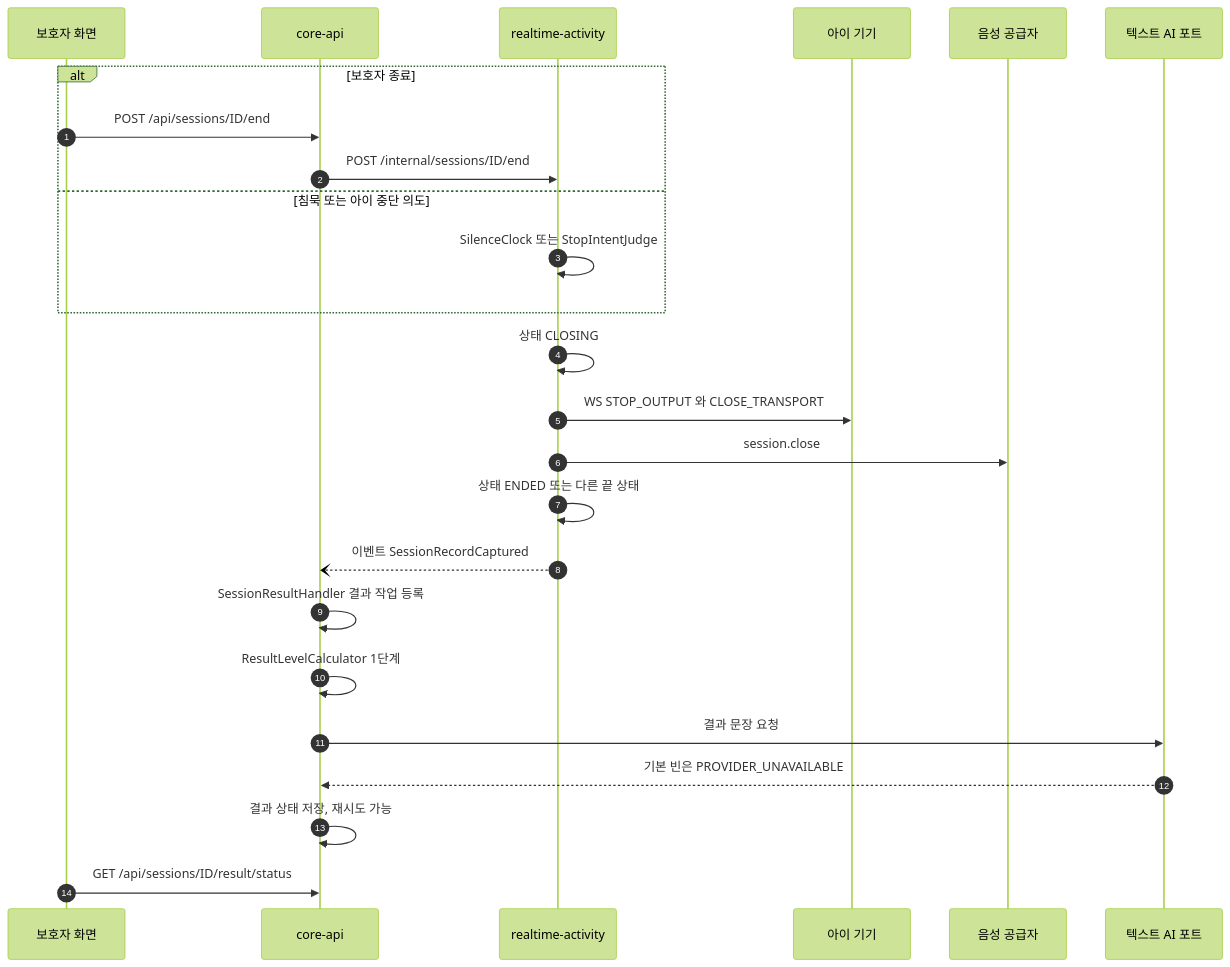
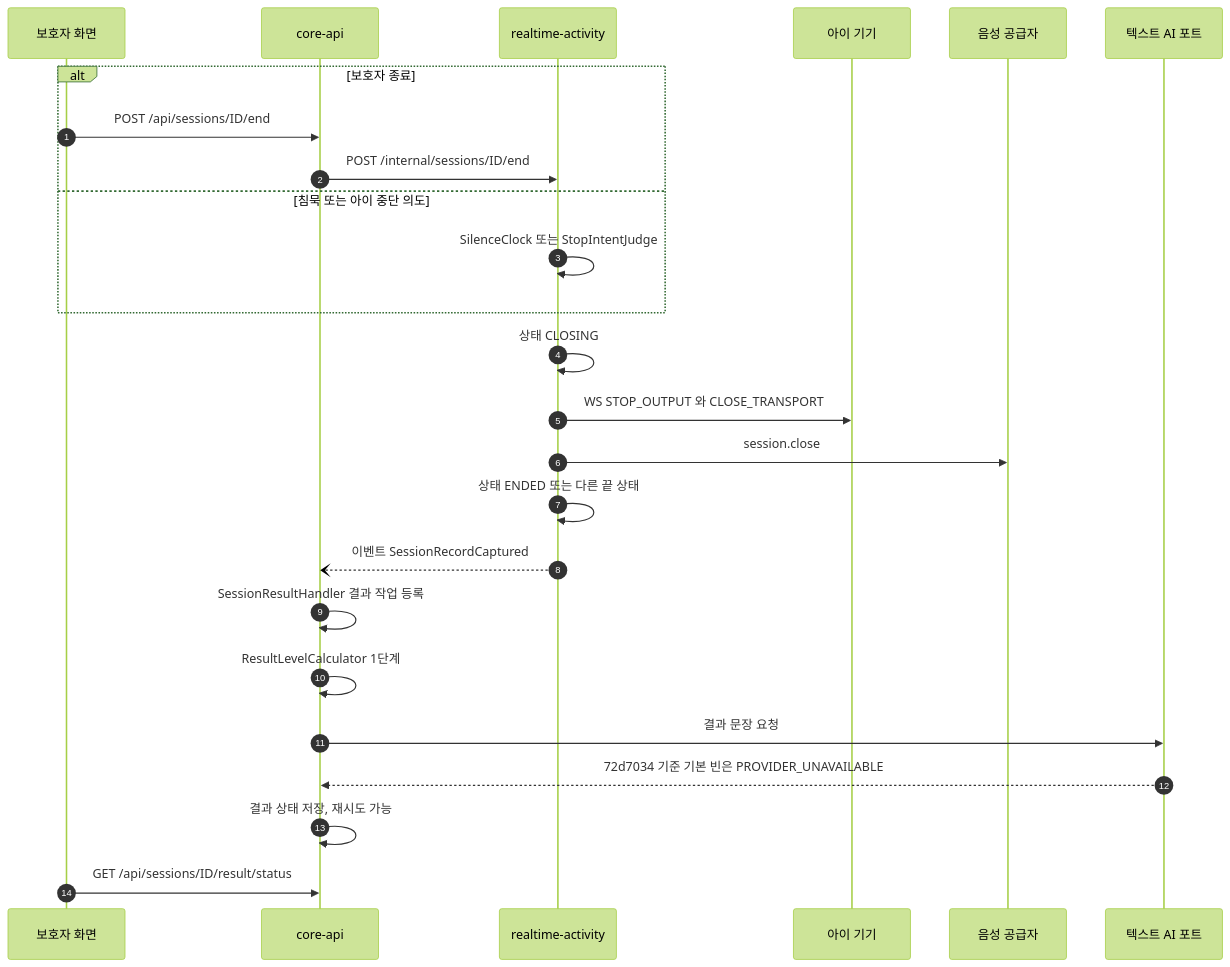
One commit to team-jomyung/mujungi changed the third of 6 diagrams in aidlc/spaces/default/codekb/mujungi/architecture.md. Above: the diagram before and after it, drawn with Mermaid (forest theme). The commit also changed other lines of this file and 11 other files, not shown here.

````diff
--- a/aidlc/spaces/default/codekb/mujungi/architecture.md
+++ b/aidlc/spaces/default/codekb/mujungi/architecture.md
@@ -130,27 +140,27 @@
 ```mermaid
 sequenceDiagram
     autonumber
     participant P as 보호자 화면
     participant C as core-api
     participant R as realtime-activity
     participant D as 아이 기기
     participant V as 음성 공급자
     participant T as 텍스트 AI 포트
     alt 보호자 종료
         P->>C: POST /api/sessions/ID/end
         C->>R: POST /internal/sessions/ID/end
     else 침묵 또는 아이 중단 의도
         R->>R: SilenceClock 또는 StopIntentJudge
     end
     R->>R: 상태 CLOSING
     R->>D: WS STOP_OUTPUT 와 CLOSE_TRANSPORT
     R->>V: session.close
     R->>R: 상태 ENDED 또는 다른 끝 상태
     R--)C: 이벤트 SessionRecordCaptured
     C->>C: SessionResultHandler 결과 작업 등록
     C->>C: ResultLevelCalculator 1단계
     C->>T: 결과 문장 요청
-    T-->>C: 기본 빈은 PROVIDER_UNAVAILABLE
+    T-->>C: 72d7034 기준 기본 빈은 PROVIDER_UNAVAILABLE
     C->>C: 결과 상태 저장, 재시도 가능
     P->>C: GET /api/sessions/ID/result/status
 ```
````
